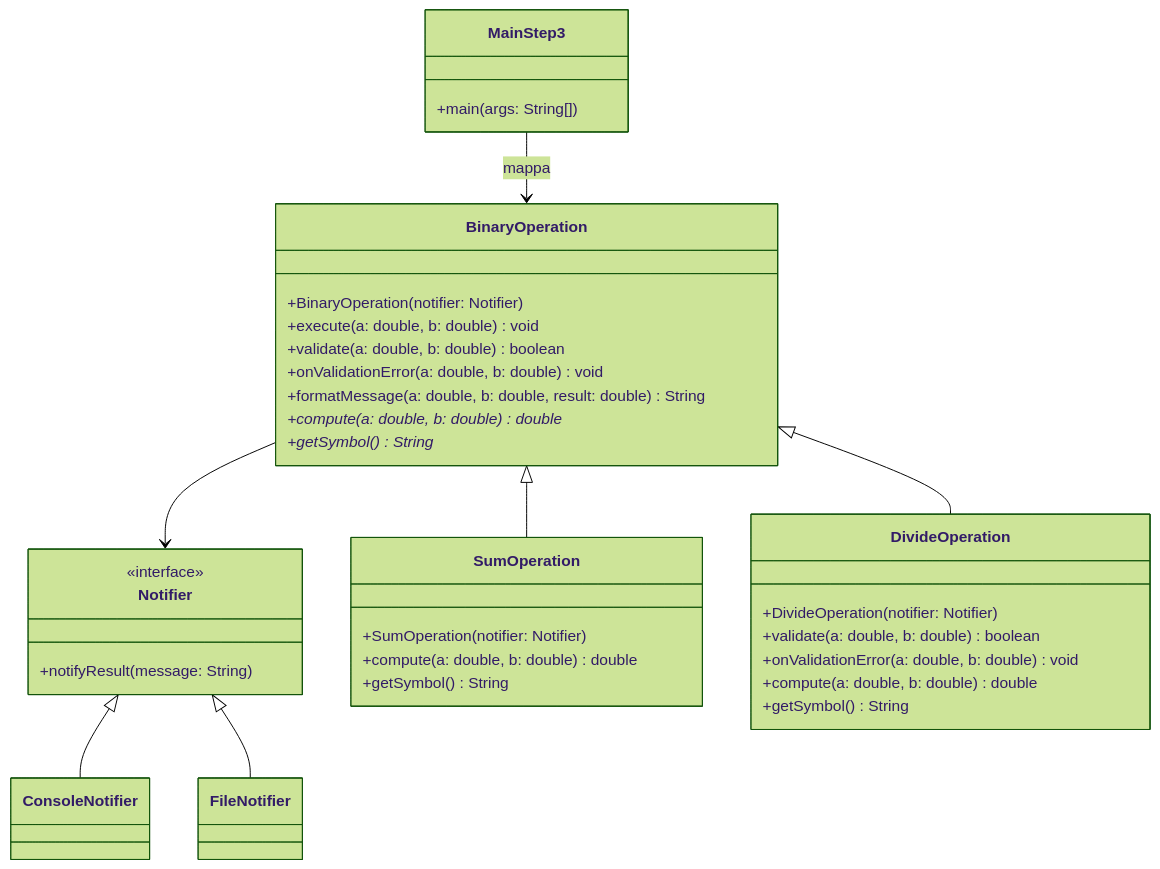
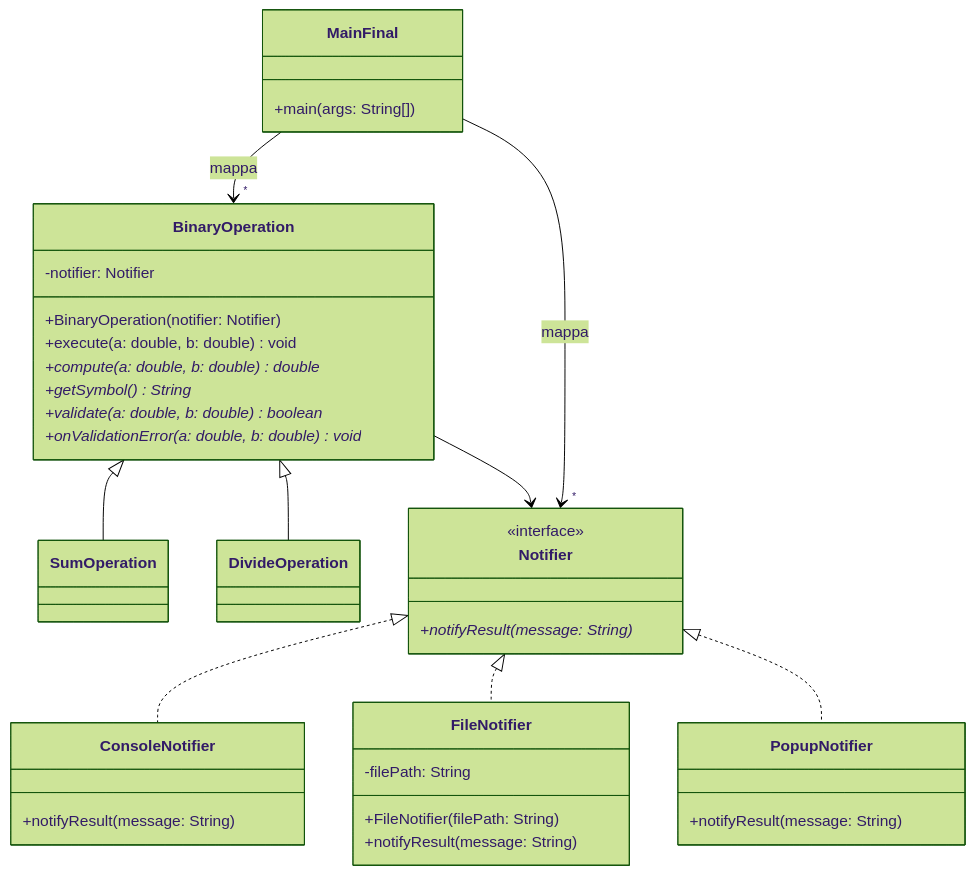
Before and after one commit to il-prof-f-a/operational-registry-git-example: the diagram in operational-registry/docs/uml-class-diagram.mmd, drawn with Mermaid (forest theme). The commit also changed 5 other files, not shown here.

```diff
--- a/operational-registry/docs/uml-class-diagram.mmd
+++ b/operational-registry/docs/uml-class-diagram.mmd
@@ -1,40 +1,44 @@
 classDiagram
+class MainFinal {
+  +main(args: String[])
+}
+
 class Notifier {
   <<interface>>
+  +notifyResult(message: String)*
+}
+class ConsoleNotifier {
+  +notifyResult(message: String)
+}
+class FileNotifier {
+  -filePath: String
+  +FileNotifier(filePath: String)
+  +notifyResult(message: String)
+}
+class PopupNotifier {
   +notifyResult(message: String)
 }
 
 class BinaryOperation {
+  -notifier: Notifier
   +BinaryOperation(notifier: Notifier)
   +execute(a: double, b: double) void
-  +validate(a: double, b: double) boolean
-  +onValidationError(a: double, b: double) void
-  +formatMessage(a: double, b: double, result: double) String
   +compute(a: double, b: double) double*
   +getSymbol() String*
+  +validate(a: double, b: double) boolean*
+  +onValidationError(a: double, b: double) void*
 }
 
-class SumOperation {
-  +SumOperation(notifier: Notifier)
-  +compute(a: double, b: double) double
-  +getSymbol() String
-}
+class SumOperation
+class DivideOperation
 
-class DivideOperation {
-  +DivideOperation(notifier: Notifier)
-  +validate(a: double, b: double) boolean
-  +onValidationError(a: double, b: double) void
-  +compute(a: double, b: double) double
-  +getSymbol() String
-}
+Notifier <|.. ConsoleNotifier
+Notifier <|.. FileNotifier
+Notifier <|.. PopupNotifier
 
-class MainStep3 {
-  +main(args: String[])
-}
-
-Notifier <|-- ConsoleNotifier
-Notifier <|-- FileNotifier
 BinaryOperation <|-- SumOperation
 BinaryOperation <|-- DivideOperation
-MainStep3 --> BinaryOperation : mappa
 BinaryOperation --> Notifier
+
+MainFinal --> "*" BinaryOperation : mappa
+MainFinal --> "*" Notifier : mappa
```
